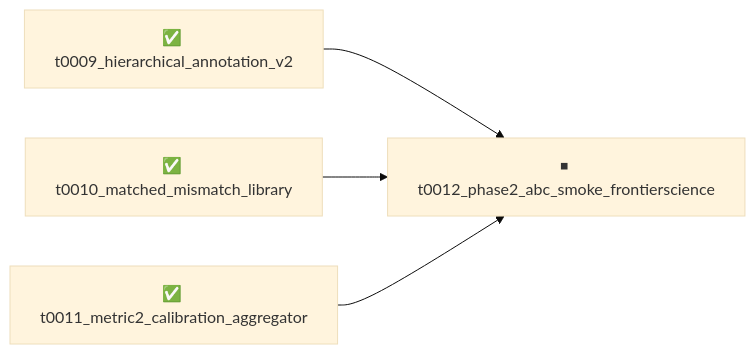
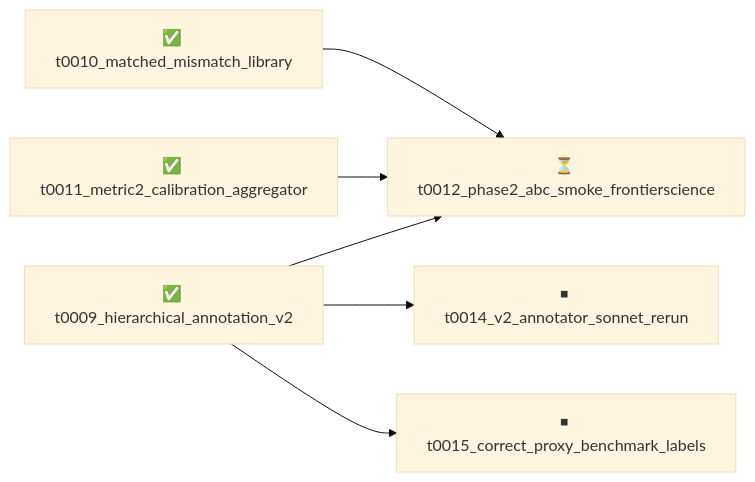
Before and after one commit to omniscale-ai/reasoning-scale2: the diagram in overview/tasks/README.md, drawn with Mermaid (base theme). The commit also changed other lines of this file and 43 other files, not shown here.

````diff
--- a/overview/tasks/README.md
+++ b/overview/tasks/README.md
@@ -12,11 +13,15 @@
 ```mermaid
 graph LR
     t0009_hierarchical_annotation_v2["✅ t0009_hierarchical_annotation_v2"]
     t0010_matched_mismatch_library["✅ t0010_matched_mismatch_library"]
     t0011_metric2_calibration_aggregator["✅ t0011_metric2_calibration_aggregator"]
-    t0012_phase2_abc_smoke_frontierscience["⏹ t0012_phase2_abc_smoke_frontierscience"]
+    t0012_phase2_abc_smoke_frontierscience["⏳ t0012_phase2_abc_smoke_frontierscience"]
+    t0014_v2_annotator_sonnet_rerun["⏹ t0014_v2_annotator_sonnet_rerun"]
+    t0015_correct_proxy_benchmark_labels["⏹ t0015_correct_proxy_benchmark_labels"]
 
     t0009_hierarchical_annotation_v2 --> t0012_phase2_abc_smoke_frontierscience
     t0010_matched_mismatch_library --> t0012_phase2_abc_smoke_frontierscience
     t0011_metric2_calibration_aggregator --> t0012_phase2_abc_smoke_frontierscience
+    t0009_hierarchical_annotation_v2 --> t0014_v2_annotator_sonnet_rerun
+    t0009_hierarchical_annotation_v2 --> t0015_correct_proxy_benchmark_labels
 ```
````
